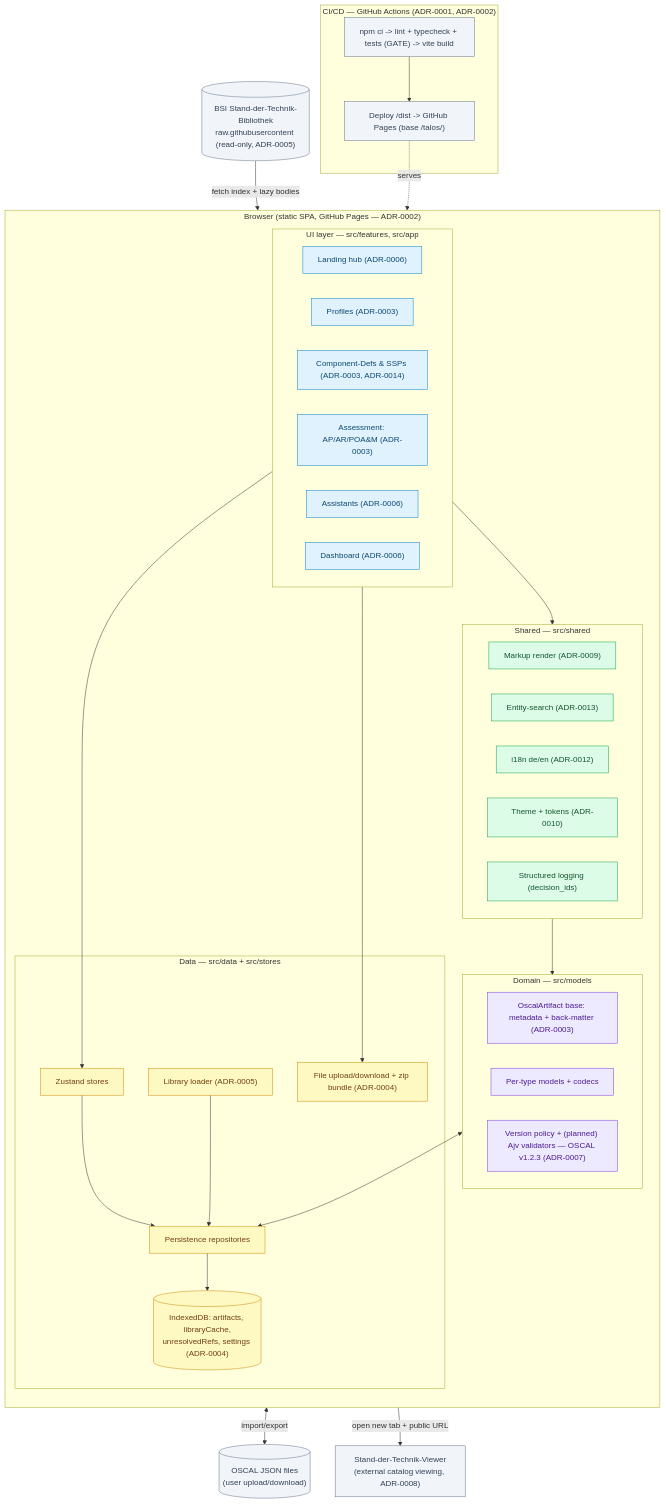
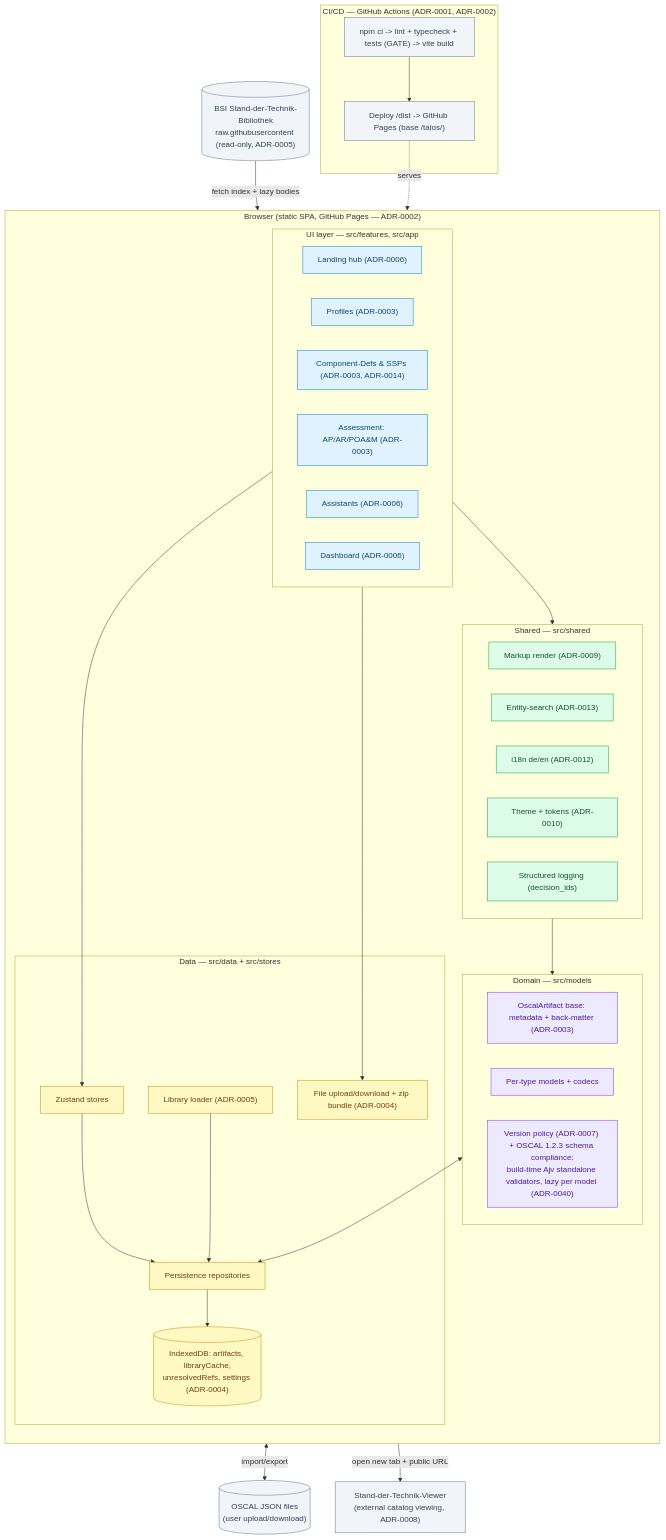
The diagram in docs/architecture_diagram.mmd (Osiris-of-IRIS/talos), drawn with Mermaid before and after one commit. The commit also changed 15 other files, not shown here.

First line of the commit message:
docs: ADR-0040 (schema validation, draft export, compliance gate) and amendments

```diff
--- a/docs/architecture_diagram.mmd
+++ b/docs/architecture_diagram.mmd
@@ -1,65 +1,65 @@
-%% TALOS architecture (diagram-as-code). Decision IDs: ADR-0002..0008, 0010, 0015, 0047, 0053, 0099
+%% TALOS architecture (diagram-as-code). Decision IDs: ADR-0002..0008, 0010, 0015, 0040, 0047, 0053, 0099
 %% Render: any Mermaid renderer; also embedded in readme.md.
 flowchart TB
     classDef ui fill:#e0f2fe,stroke:#0284c7,color:#0c4a6e
     classDef shared fill:#dcfce7,stroke:#16a34a,color:#14532d
     classDef domain fill:#ede9fe,stroke:#7c3aed,color:#4c1d95
     classDef data fill:#fef9c3,stroke:#ca8a04,color:#713f12
     classDef ext fill:#f1f5f9,stroke:#64748b,color:#334155
 
     subgraph Browser["Browser (static SPA, GitHub Pages — ADR-0002)"]
         direction TB
 
         subgraph UI["UI layer — src/features, src/app"]
             Landing["Landing hub (ADR-0006)"]:::ui
             CtrlF["Profiles (ADR-0003)"]:::ui
             ImplF["Component-Defs & SSPs (ADR-0003, ADR-0014)"]:::ui
             AsmtF["Assessment: AP/AR/POA&M (ADR-0003)"]:::ui
             AsstF["Assistants (ADR-0006)"]:::ui
             DashF["Dashboard (ADR-0006)"]:::ui
         end
 
         subgraph Shared["Shared — src/shared"]
             MD["Markup render (ADR-0009)"]:::shared
             Search["Entity-search (ADR-0013)"]:::shared
             I18n["i18n de/en (ADR-0012)"]:::shared
             Theme["Theme + tokens (ADR-0010)"]:::shared
             Log["Structured logging (decision_ids)"]:::shared
         end
 
         subgraph Domain["Domain — src/models"]
             Base["OscalArtifact base: metadata + back-matter (ADR-0003)"]:::domain
             Types["Per-type models + codecs"]:::domain
-            Valid["Version policy + (planned) Ajv validators — OSCAL v1.2.3 (ADR-0007)"]:::domain
+            Valid["Version policy (ADR-0007) + OSCAL 1.2.3 schema compliance:\nbuild-time Ajv standalone validators, lazy per model (ADR-0040)"]:::domain
         end
 
         subgraph DataL["Data — src/data + src/stores"]
             Stores["Zustand stores"]:::data
             Repo["Persistence repositories"]:::data
             FileIO["File upload/download + zip bundle (ADR-0004)"]:::data
             LibLoader["Library loader (ADR-0005)"]:::data
             IDB[("IndexedDB: artifacts, libraryCache,\nunresolvedRefs, settings (ADR-0004)")]:::data
         end
 
         UI --> Shared
         UI --> Stores --> Repo --> IDB
         Domain <--> Repo
         Shared --> Domain
         UI --> FileIO
         LibLoader --> Repo
     end
 
     BSI[("BSI Stand-der-Technik-Bibliothek\nraw.githubusercontent (read-only, ADR-0005)")]:::ext
     Viewer["Stand-der-Technik-Viewer\n(external catalog viewing, ADR-0008)"]:::ext
     Files[("OSCAL JSON files\n(user upload/download)")]:::ext
 
     BSI -->|fetch index + lazy bodies| LibLoader
     UI -->|open new tab + public URL| Viewer
     FileIO <-->|import/export| Files
 
     subgraph CI["CI/CD — GitHub Actions (ADR-0001, ADR-0002)"]
         Build["npm ci -> lint + typecheck + tests (GATE) -> vite build"]:::ext
         Pages["Deploy /dist -> GitHub Pages (base /talos/)"]:::ext
         Build --> Pages
     end
     Pages -.serves.-> Browser
```
